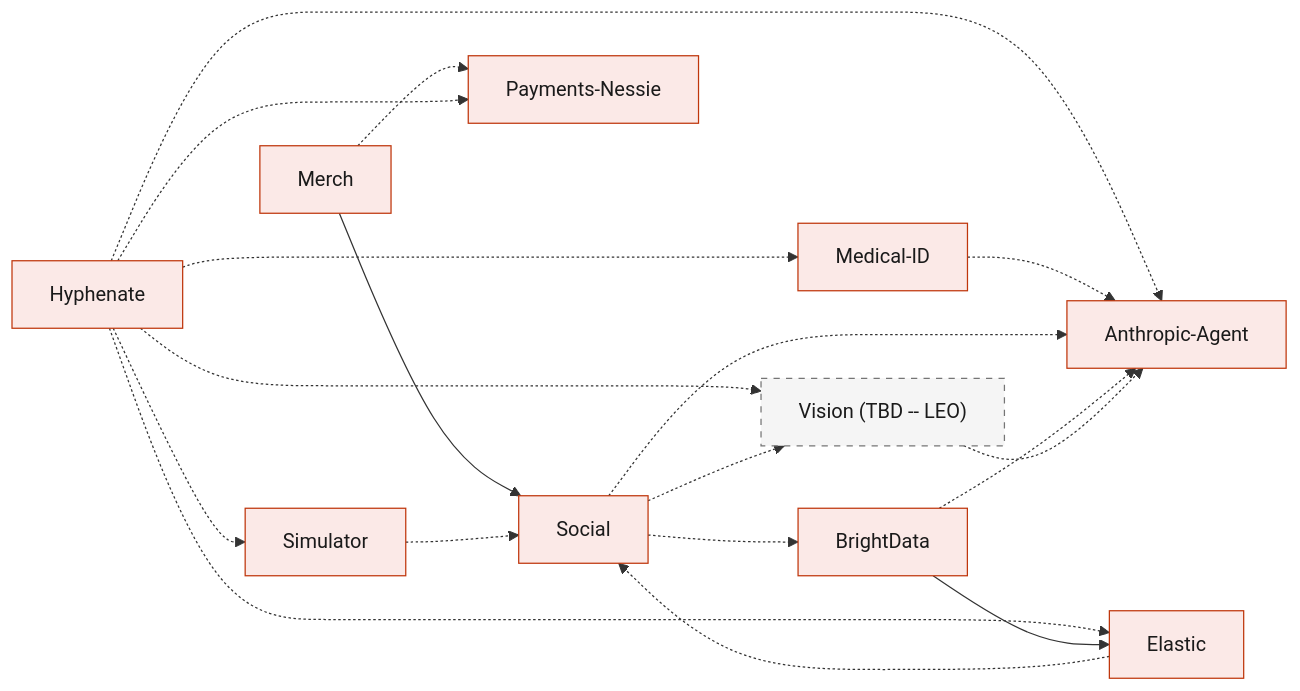
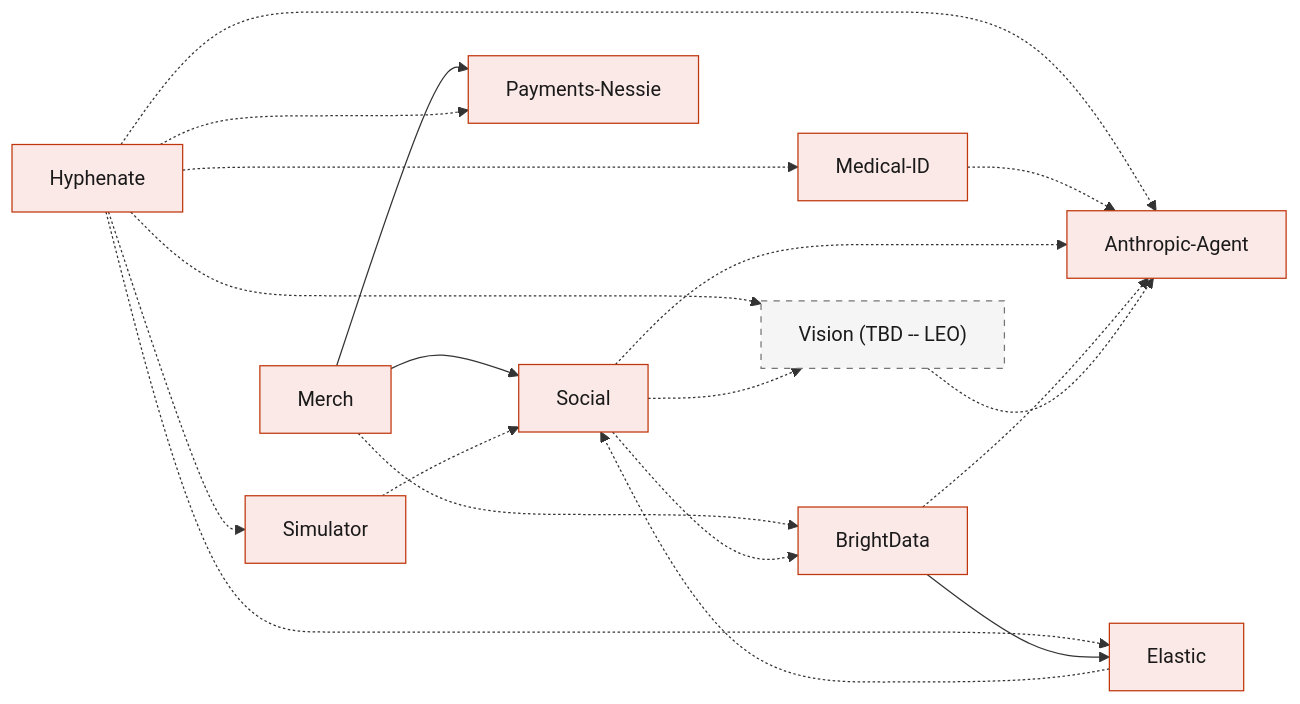
Before and after one commit to viktorinkov/cal-hacks-13: the diagram in System Design/README.md, drawn with Mermaid. The commit also changed other lines of this file and 21 other files, not shown here.

````diff
--- a/System Design/README.md
+++ b/System Design/README.md
@@ -59,36 +59,37 @@
 ```mermaid
 flowchart LR
   Merch["Merch"]
   Hyp["Hyphenate"]
   Soc["Social"]
   Ela["Elastic"]
   Med["Medical-ID"]
   AI["Anthropic-Agent"]
   BD["BrightData"]
   Pay["Payments-Nessie"]
   Vision["Vision (TBD -- LEO)"]
   Sim["Simulator"]
 
   Merch --> Soc
-  Merch -.-> Pay
+  Merch --> Pay
+  Merch -.-> BD
   Hyp -.-> Med
   Hyp -.-> Pay
   Hyp -.-> AI
   Hyp -.-> Vision
   Hyp -.-> Sim
   Hyp -.-> Ela
   Med -.-> AI
   Soc -.-> AI
   Soc -.-> Vision
   Soc -.-> BD
   Sim -.-> Soc
   BD --> Ela
   BD -.-> AI
   Ela -.-> Soc
   Vision -.-> AI
 
   classDef rust fill:#FBE9E7,stroke:#BF360C,color:#1A1A1A
   classDef tbd fill:#F5F5F5,stroke:#757575,color:#1A1A1A,stroke-dasharray:5 5
   class Merch,Hyp,Soc,Ela,Med,AI,BD,Pay,Sim rust
   class Vision tbd
 ```
````
